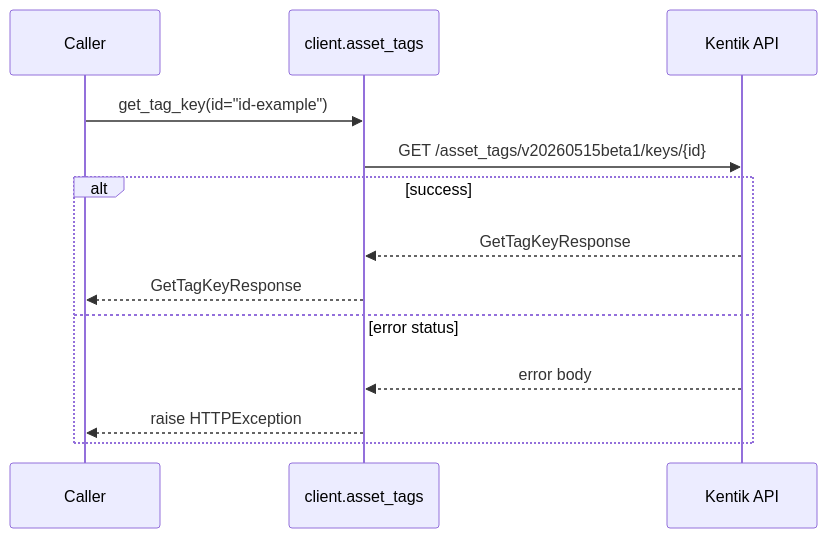
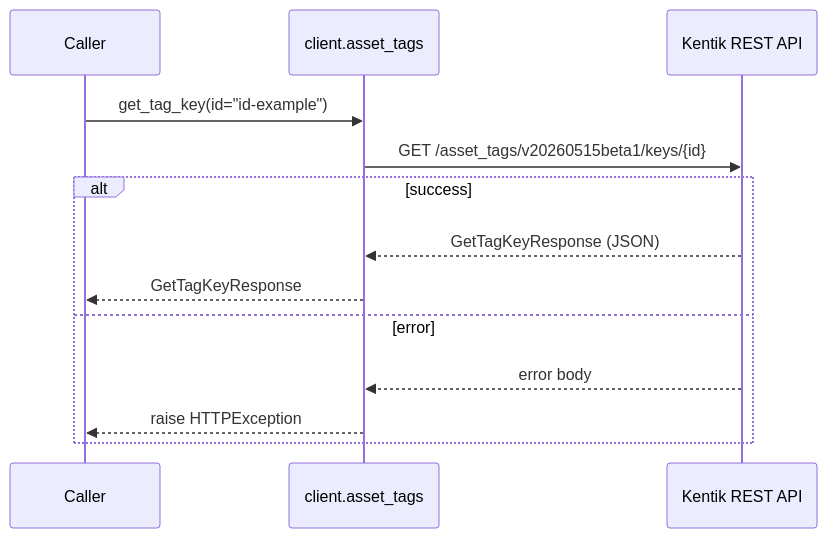
One commit to alexdearaujo/community_sdk_python changed the eighth of 20 diagrams in docs/sphinx/services/asset_tags.md. Above: the diagram before and after it, drawn with Mermaid. The commit also changed other lines of this file and 61 other files, not shown here.

````diff
--- a/docs/sphinx/services/asset_tags.md
+++ b/docs/sphinx/services/asset_tags.md
@@ -177,16 +254,16 @@
 ```mermaid
 sequenceDiagram
     participant C as Caller
     participant W as client.asset_tags
-    participant API as Kentik API
+    participant API as Kentik REST API
 
     C->>W: get_tag_key(id="id-example")
     W->>API: GET /asset_tags/v20260515beta1/keys/{id}
     alt success
-        API-->>W: GetTagKeyResponse
+        API-->>W: GetTagKeyResponse (JSON)
         W-->>C: GetTagKeyResponse
-    else error status
+    else error
         API-->>W: error body
         W-->>C: raise HTTPException
     end
 ```
````
